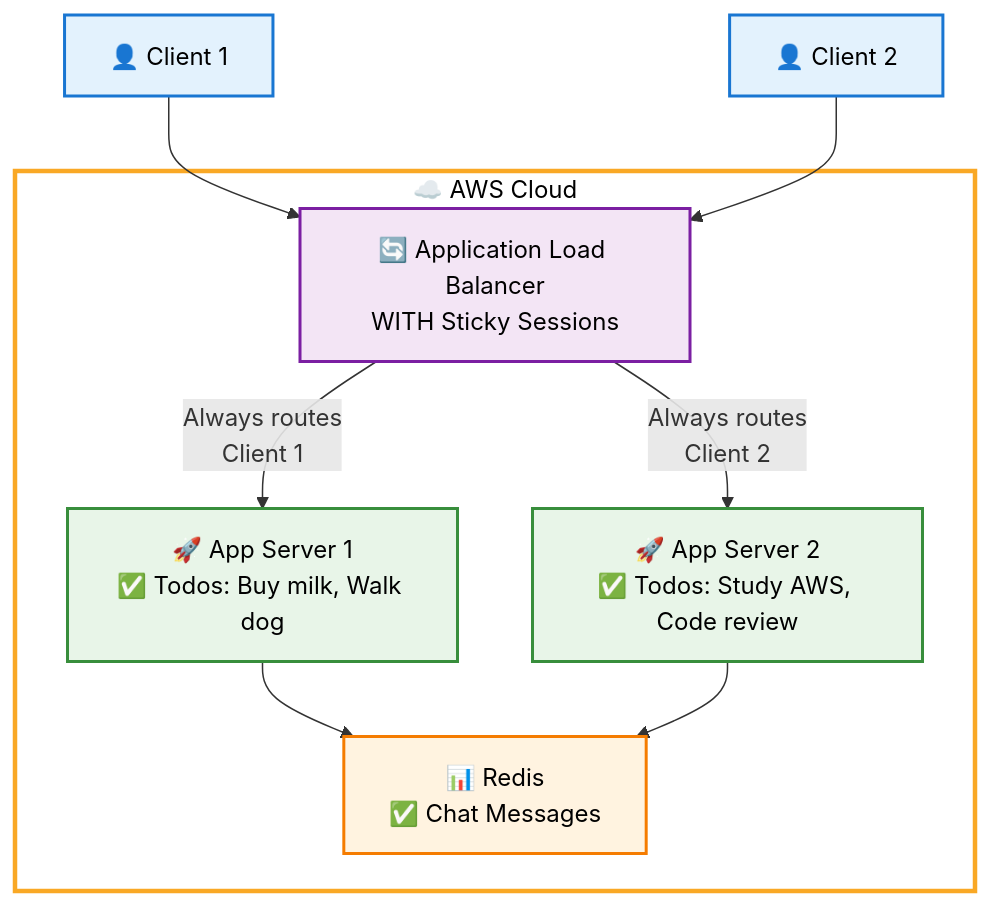
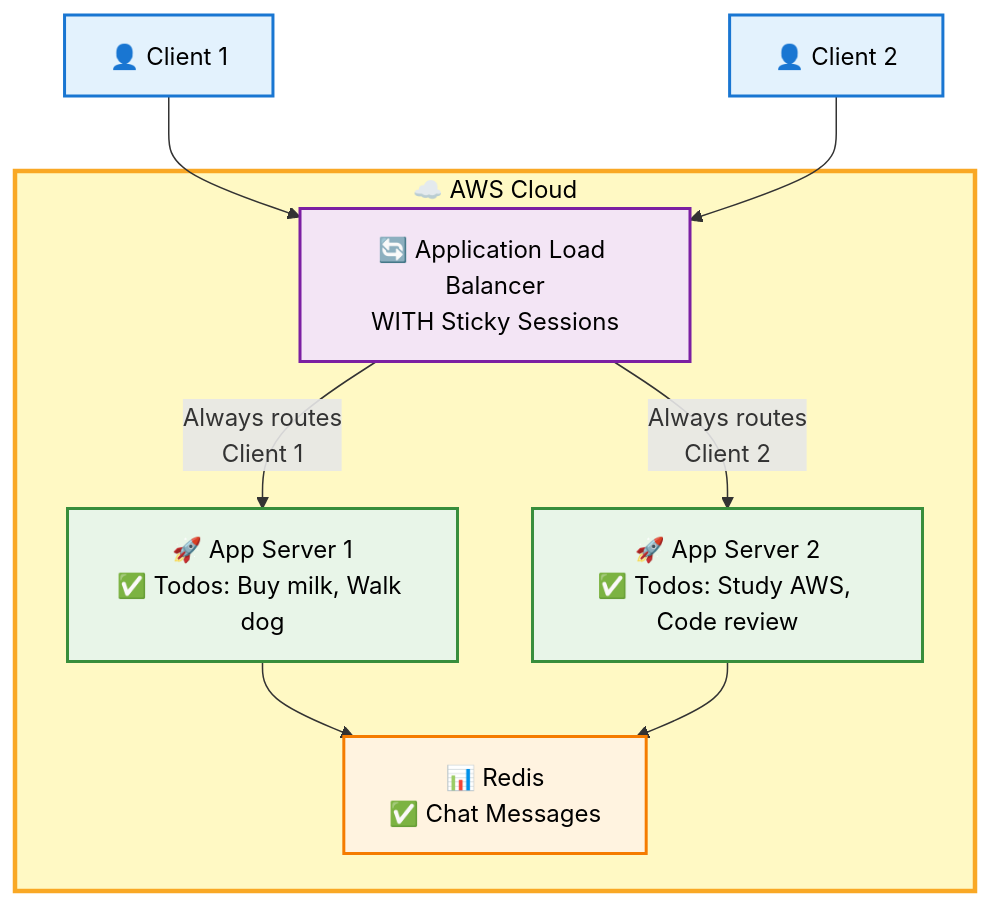
One commit to Jilan5/mermaid-tester changed the first of 2 diagrams in README.md. Above: the diagram before and after it, drawn with Mermaid. The commit also changed other lines of this file, not shown here.

````diff
--- a/README.md
+++ b/README.md
@@ -1,30 +1,30 @@
 ```mermaid
 flowchart TD
     C1[👤 Client 1] --> ALB[🔄 Application Load Balancer<br/>WITH Sticky Sessions]
     C2[👤 Client 2] --> ALB
     
     ALB -->|Always routes<br/>Client 1| A1[🚀 App Server 1<br/>✅ Todos: Buy milk, Walk dog]
     ALB -->|Always routes<br/>Client 2| A2[🚀 App Server 2<br/>✅ Todos: Study AWS, Code review]
     
     A1 --> R[📊 Redis<br/>✅ Chat Messages]
     A2 --> R
     
     subgraph AWS["☁️ AWS Cloud"]
         ALB
         A1
         A2
         R
     end
     
     classDef client fill:#e3f2fd,stroke:#1976d2,stroke-width:2px,color:#000
     classDef alb fill:#f3e5f5,stroke:#7b1fa2,stroke-width:2px,color:#000
     classDef server fill:#e8f5e8,stroke:#388e3c,stroke-width:2px,color:#000
     classDef redis fill:#fff3e0,stroke:#f57c00,stroke-width:2px,color:#000
-    classDef aws fill:none,stroke:#f9a825,stroke-width:3px,color:#000
+    classDef aws fill:#fff9c4,stroke:#f9a825,stroke-width:3px,color:#000
     
     class C1,C2 client
     class ALB alb
     class A1,A2 server
     class R redis
     class AWS aws
 ```
````
